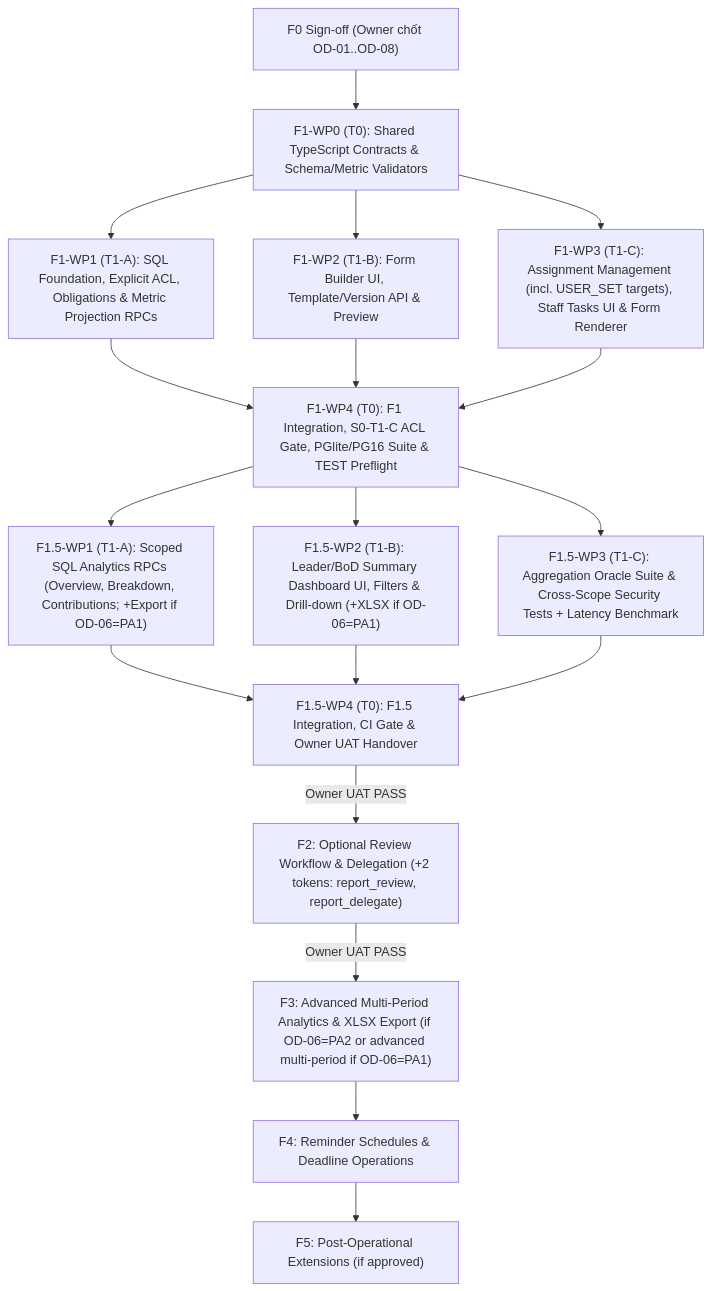
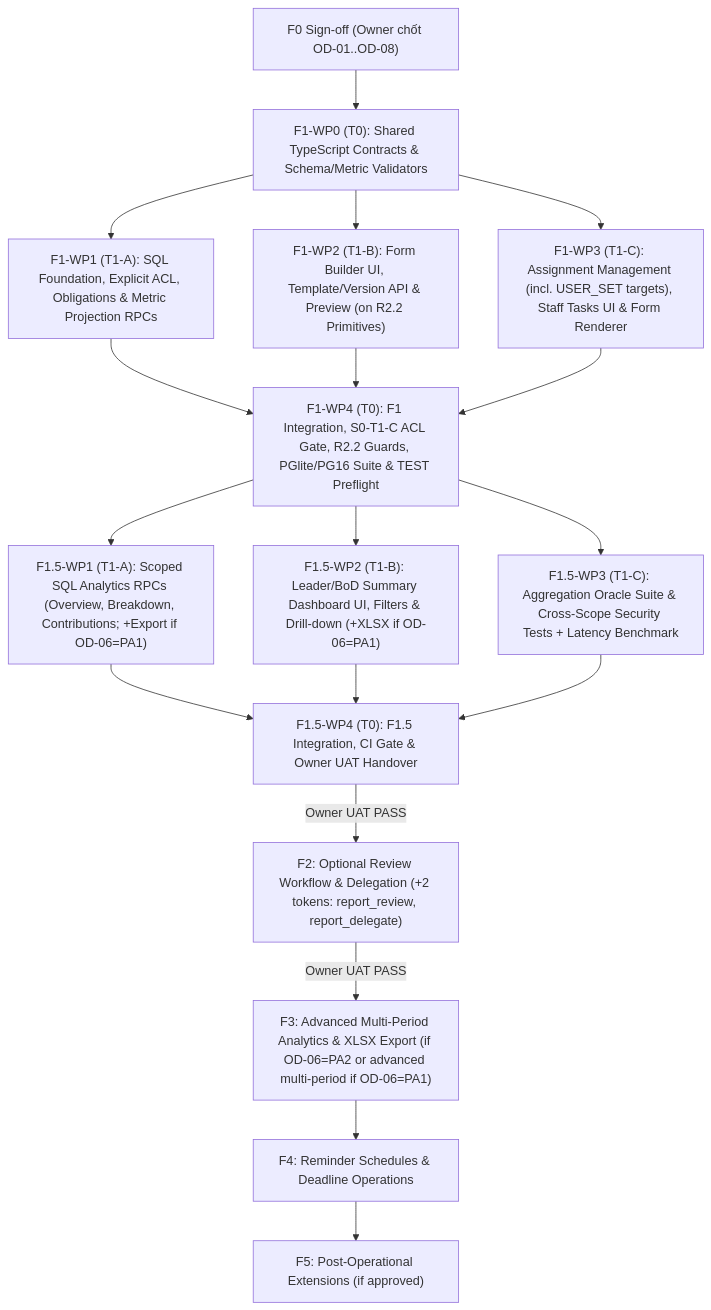
The diagram in docs/work-reports/F0-execution-roadmap.md (nobita6986/mini-bi), drawn with Mermaid before and after one commit. The commit also changed other lines of this file and 5 other files, not shown here.

````diff
--- a/docs/work-reports/F0-execution-roadmap.md
+++ b/docs/work-reports/F0-execution-roadmap.md
@@ -10,20 +12,20 @@
 ```mermaid
 flowchart TD
     F0["F0 Sign-off (Owner chốt OD-01..OD-08)"] --> F1_WP0["F1-WP0 (T0): Shared TypeScript Contracts & Schema/Metric Validators"]
     F1_WP0 --> F1_WP1["F1-WP1 (T1-A): SQL Foundation, Explicit ACL, Obligations & Metric Projection RPCs"]
-    F1_WP0 --> F1_WP2["F1-WP2 (T1-B): Form Builder UI, Template/Version API & Preview"]
+    F1_WP0 --> F1_WP2["F1-WP2 (T1-B): Form Builder UI, Template/Version API & Preview (on R2.2 Primitives)"]
     F1_WP0 --> F1_WP3["F1-WP3 (T1-C): Assignment Management (incl. USER_SET targets), Staff Tasks UI & Form Renderer"]
-    F1_WP1 --> F1_WP4["F1-WP4 (T0): F1 Integration, S0-T1-C ACL Gate, PGlite/PG16 Suite & TEST Preflight"]
+    F1_WP1 --> F1_WP4["F1-WP4 (T0): F1 Integration, S0-T1-C ACL Gate, R2.2 Guards, PGlite/PG16 Suite & TEST Preflight"]
     F1_WP2 --> F1_WP4
     F1_WP3 --> F1_WP4
     F1_WP4 --> F15_WP1["F1.5-WP1 (T1-A): Scoped SQL Analytics RPCs (Overview, Breakdown, Contributions; +Export if OD-06=PA1)"]
     F1_WP4 --> F15_WP2["F1.5-WP2 (T1-B): Leader/BoD Summary Dashboard UI, Filters & Drill-down (+XLSX if OD-06=PA1)"]
     F1_WP4 --> F15_WP3["F1.5-WP3 (T1-C): Aggregation Oracle Suite & Cross-Scope Security Tests + Latency Benchmark"]
     F15_WP1 --> F15_WP4["F1.5-WP4 (T0): F1.5 Integration, CI Gate & Owner UAT Handover"]
     F15_WP2 --> F15_WP4
     F15_WP3 --> F15_WP4
     F15_WP4 -->|"Owner UAT PASS"| F2["F2: Optional Review Workflow & Delegation (+2 tokens: report_review, report_delegate)"]
     F2 -->|"Owner UAT PASS"| F3["F3: Advanced Multi-Period Analytics & XLSX Export (if OD-06=PA2 or advanced multi-period if OD-06=PA1)"]
     F3 --> F4["F4: Reminder Schedules & Deadline Operations"]
     F4 --> F5["F5: Post-Operational Extensions (if approved)"]
 ```
````
